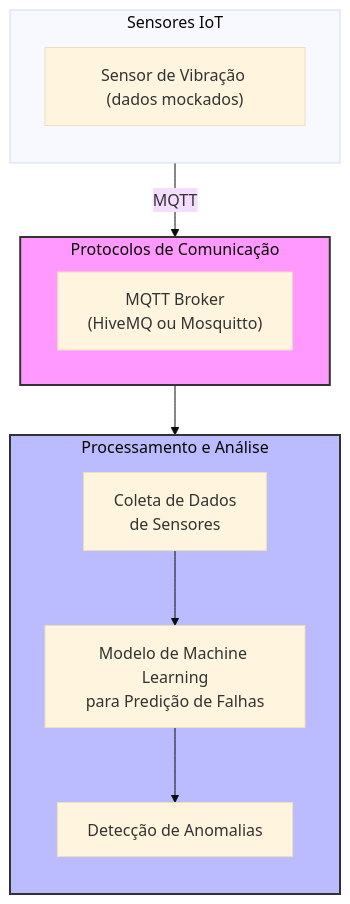
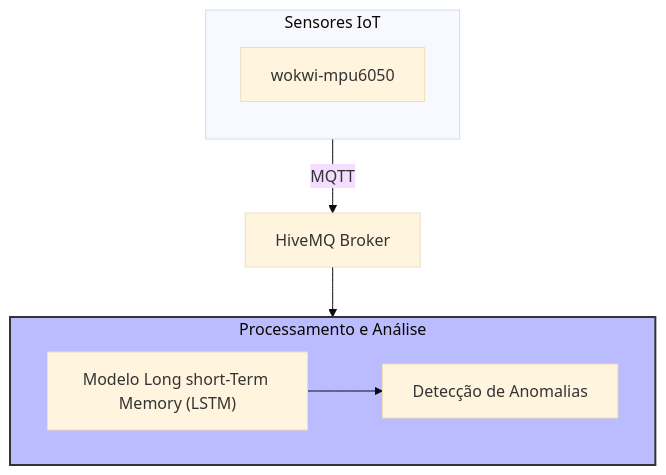
Before and after one commit to 2024S2-CCIoT/anthon_hax: the second of 2 diagrams in artigo.md, drawn with Mermaid (base theme).

Commit message:
modelo prototipo

````diff
--- a/artigo.md
+++ b/artigo.md
@@ -66,38 +66,32 @@
 ```mermaid
 flowchart TD
     subgraph IoT_Sensors["Sensores IoT"]
         direction TB
-        Sensor1["Sensor de Vibração (dados mockados)"]
+        Sensor1["wokwi-mpu6050"]
     end
-
-    subgraph Protocolos["Protocolos de Comunicação"]
+    
         direction LR
-        MQTT["MQTT Broker<br>(HiveMQ ou Mosquitto)"]
-    end
+        MQTT["HiveMQ Broker"]
 
     subgraph Processamento["Processamento e Análise"]
-        direction TB
-        DataCollection["Coleta de Dados<br>de Sensores"]
-        MLModel["Modelo de Machine Learning<br>para Predição de Falhas"]
+        direction LR
+        MLModel["Modelo Long short-Term Memory (LSTM)"]
         AnomalyDetection["Detecção de Anomalias"]
     end
 
 
     %% Fluxos de Dados
     Sensor1 -->|MQTT| MQTT
-    MQTT --> DataCollection
-
-    DataCollection --> MLModel
+    MQTT --> MLModel
     MLModel --> AnomalyDetection
 
 
     %% Legend
     classDef protocolo fill:#f9f,stroke:#333,stroke-width:2px;
     classDef processamento fill:#bbf,stroke:#333,stroke-width:2px;
     classDef gerenciamento fill:#bfb,stroke:#333,stroke-width:2px;
     
     class Protocolos protocolo;
     class Processamento processamento;
     class Gerenciamento gerenciamento;
-
 ```
````
